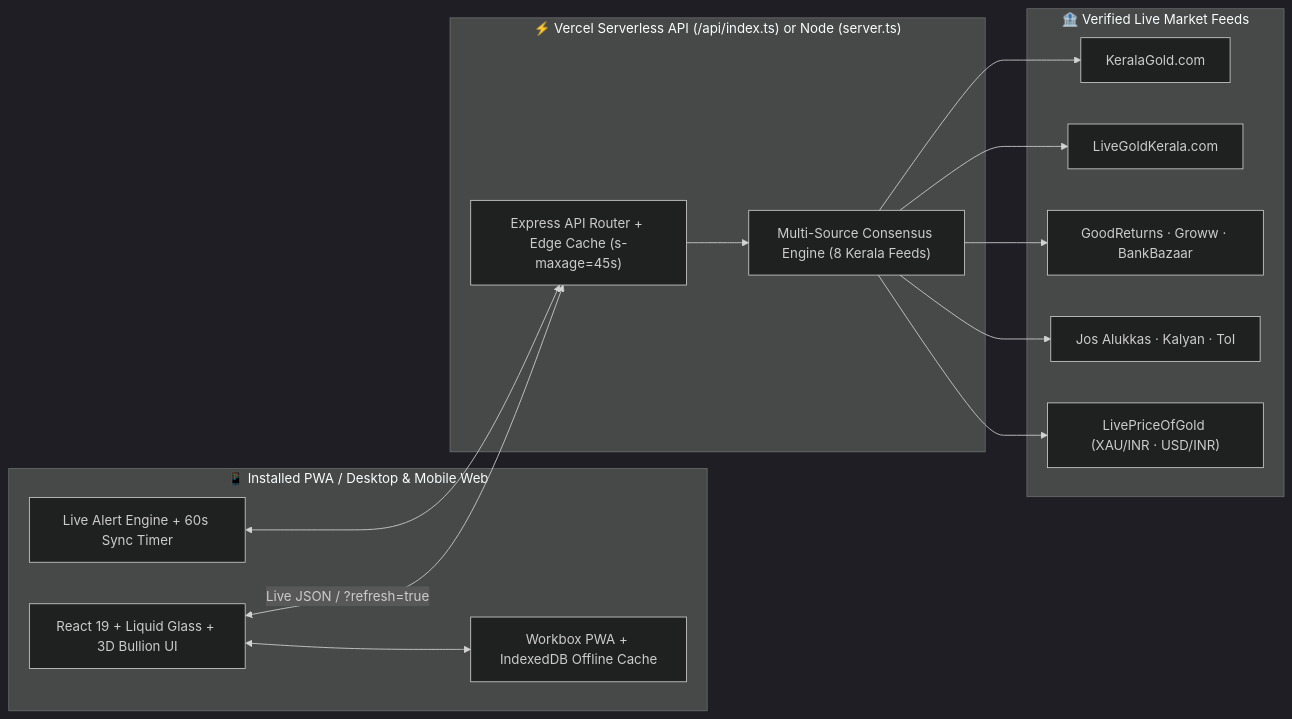
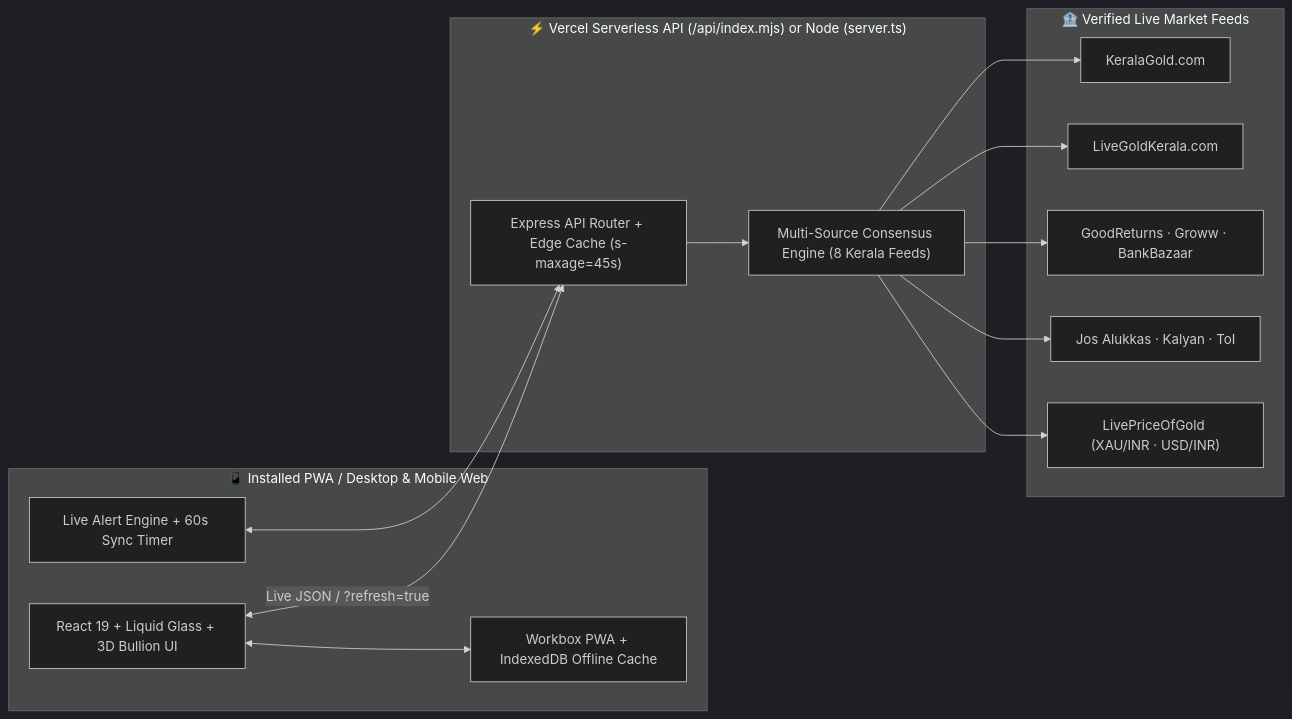
Before and after one commit to Devarajankp/kgp: the diagram in README.md, drawn with Mermaid (dark theme). The commit also changed other lines of this file and 7 other files, not shown here.

Commit message:
Fix Vercel build using Bun install and bundled ESM API

````diff
--- a/README.md
+++ b/README.md
@@ -63,27 +63,27 @@
 ```mermaid
 flowchart LR
   subgraph Client["📱 Installed PWA / Desktop & Mobile Web"]
     UI["React 19 + Liquid Glass + 3D Bullion UI"]
     SW["Workbox PWA + IndexedDB Offline Cache"]
     Alerts["Live Alert Engine + 60s Sync Timer"]
   end
 
-  subgraph Backend["⚡ Vercel Serverless API (/api/index.ts) or Node (server.ts)"]
+  subgraph Backend["⚡ Vercel Serverless API (/api/index.mjs) or Node (server.ts)"]
     Router["Express API Router + Edge Cache (s-maxage=45s)"]
     Consensus["Multi-Source Consensus Engine (8 Kerala Feeds)"]
   end
 
   subgraph Sources["🏦 Verified Live Market Feeds"]
     KG["KeralaGold.com"]
     LGK["LiveGoldKerala.com"]
     GR["GoodReturns · Groww · BankBazaar"]
     JW["Jos Alukkas · Kalyan · ToI"]
     SPOT["LivePriceOfGold (XAU/INR · USD/INR)"]
   end
 
   UI <-->|Live JSON / ?refresh=true| Router
   UI <--> SW
   Alerts <--> Router
   Router --> Consensus
   Consensus --> KG & LGK & GR & JW & SPOT
 ```
````
